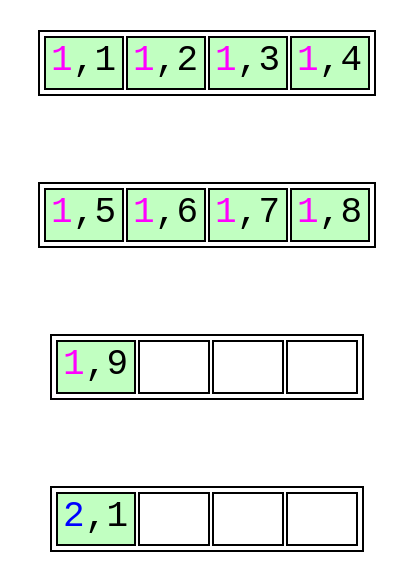
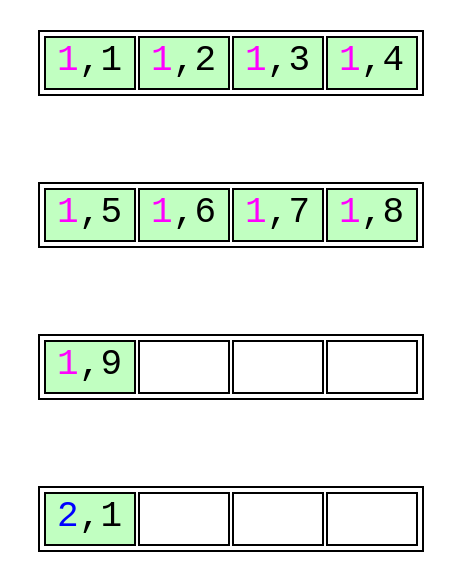
Before and after one commit to petergeoghegan/pg_query_internals: the diagram in optimized-leaf-page-split-2.dot, drawn with Graphviz. The commit also changed 6 other files, not shown here.

```diff
--- a/optimized-leaf-page-split-2.dot
+++ b/optimized-leaf-page-split-2.dot
@@ -1,64 +1,64 @@
 // Example B-Tree graph
 //
 // Breadth-first order
 //
 // Start from root, go left to right
 //
 // Workflow:
 //
 // $ dot -T svg btree.dot -o btree.svg;
 
 digraph nbtree {
 graph [fontname = "monospace"];
 node [shape = none,height=.1,fontname = "monospace",fontsize=18];
 // Level 0 (leaf level)
-leafnode_2[ label=<<table width="140">
+leafnode_2[ label=<<table width="180">
                     <tr>
-                        <td bgcolor='darkseagreen1' port="t2" width="35"><font color="magenta">1</font>,1</td>
-                        <td bgcolor='darkseagreen1' port="t3" width="35"><font color="magenta">1</font>,2</td>
-                        <td bgcolor='darkseagreen1' port="t4" width="35"><font color="magenta">1</font>,3</td>
-                        <td bgcolor='darkseagreen1' port="t4" width="35"><font color="magenta">1</font>,4</td>
+                        <td bgcolor='darkseagreen1' port="t2" width="45"><font color="magenta">1</font>,1</td>
+                        <td bgcolor='darkseagreen1' port="t3" width="45"><font color="magenta">1</font>,2</td>
+                        <td bgcolor='darkseagreen1' port="t4" width="45"><font color="magenta">1</font>,3</td>
+                        <td bgcolor='darkseagreen1' port="t4" width="45"><font color="magenta">1</font>,4</td>
                     </tr>
                 </table>
                >
         ];
 edge[style=invis];
 "leafnode_2" -> "leafnode_3"
-leafnode_3[ label=<<table width="140">
+leafnode_3[ label=<<table width="180">
                     <tr>
-                        <td bgcolor='darkseagreen1' port="t4" width="35"><font color="magenta">1</font>,5</td>
-                        <td bgcolor='darkseagreen1' port="t4" width="35"><font color="magenta">1</font>,6</td>
-                        <td bgcolor='darkseagreen1' port="t4" width="35"><font color="magenta">1</font>,7</td>
-                        <td bgcolor='darkseagreen1' port="t4" width="35"><font color="magenta">1</font>,8</td>
+                        <td bgcolor='darkseagreen1' port="t4" width="45"><font color="magenta">1</font>,5</td>
+                        <td bgcolor='darkseagreen1' port="t4" width="45"><font color="magenta">1</font>,6</td>
+                        <td bgcolor='darkseagreen1' port="t4" width="45"><font color="magenta">1</font>,7</td>
+                        <td bgcolor='darkseagreen1' port="t4" width="45"><font color="magenta">1</font>,8</td>
                     </tr>
                 </table>
                >
         ];
 edge[style=invis];
 "leafnode_3" -> "leafnode_4"
-leafnode_4[ label=<<table width="140">
+leafnode_4[ label=<<table width="180">
                     <tr>
-                        <td bgcolor='darkseagreen1' port="t4" width="35"><font color="magenta">1</font>,9</td>
-                        <td bgcolor='white' port="t3" width="35"></td>
-                        <td bgcolor='white' port="t3" width="35"></td>
-                        <td bgcolor='white' port="t3" width="35"></td>
+                        <td bgcolor='darkseagreen1' port="t4" width="45"><font color="magenta">1</font>,9</td>
+                        <td bgcolor='white' port="t3" width="45"></td>
+                        <td bgcolor='white' port="t3" width="45"></td>
+                        <td bgcolor='white' port="t3" width="45"></td>
                     </tr>
                 </table>
                >
         ];
 edge[style=invis];
 "leafnode_4" -> "leafnode_5"
-leafnode_5[ label=<<table width="140">
+leafnode_5[ label=<<table width="180">
                     <tr>
-                        <td bgcolor='darkseagreen1' port="t4" width="35"><font color="blue">2</font>,1</td>
-                        <td bgcolor='white' port="t3" width="35"></td>
-                        <td bgcolor='white' port="t3" width="35"></td>
-                        <td bgcolor='white' port="t3" width="35"></td>
+                        <td bgcolor='darkseagreen1' port="t4" width="45"><font color="blue">2</font>,1</td>
+                        <td bgcolor='white' port="t3" width="45"></td>
+                        <td bgcolor='white' port="t3" width="45"></td>
+                        <td bgcolor='white' port="t3" width="45"></td>
                     </tr>
                 </table>
                >
         ];
 //Force alignment from root to internal to leaf levels:
 //edge[style=invis];
 //"rootnode":d1 -> "leafnode_2":t2
 }
```
